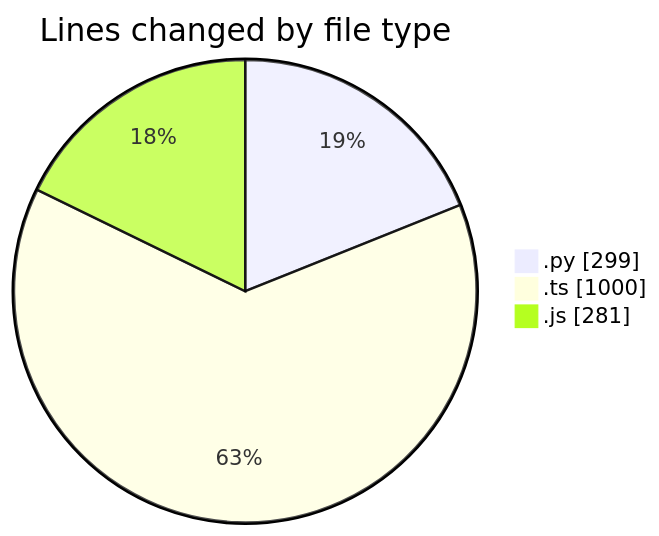
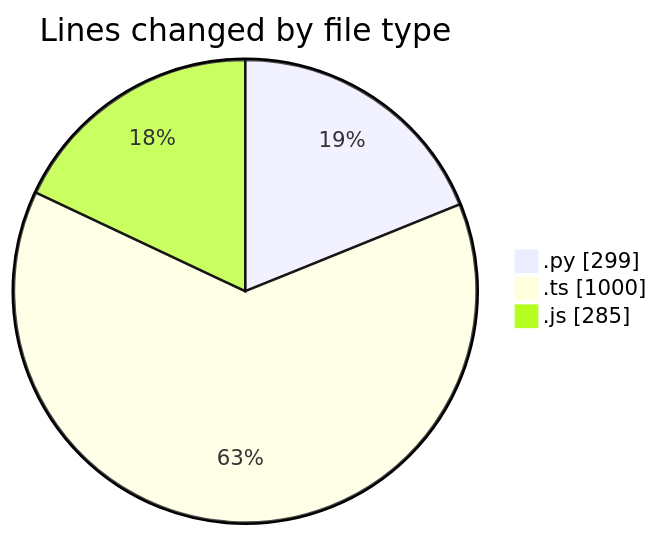
The first of 2 diagrams in 2026-07-24/cda/README.md (momahboobian/code-tracking), drawn with Mermaid before and after one commit. The commit also changed other lines of this file and 1 other file, not shown here.

````diff
--- a/2026-07-24/cda/README.md
+++ b/2026-07-24/cda/README.md
@@ -28,7 +28,7 @@
 ```mermaid
 pie showData
 title Lines changed by file type
 ".py" : 299
 ".ts" : 1000
-".js" : 281
+".js" : 285
 ```
````
